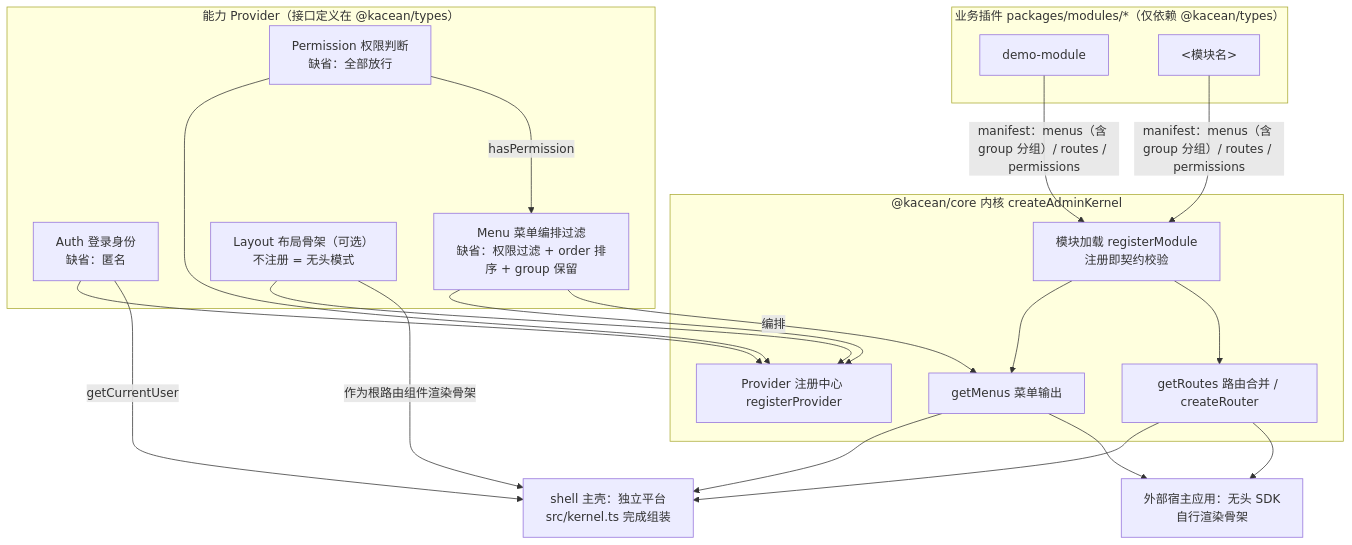
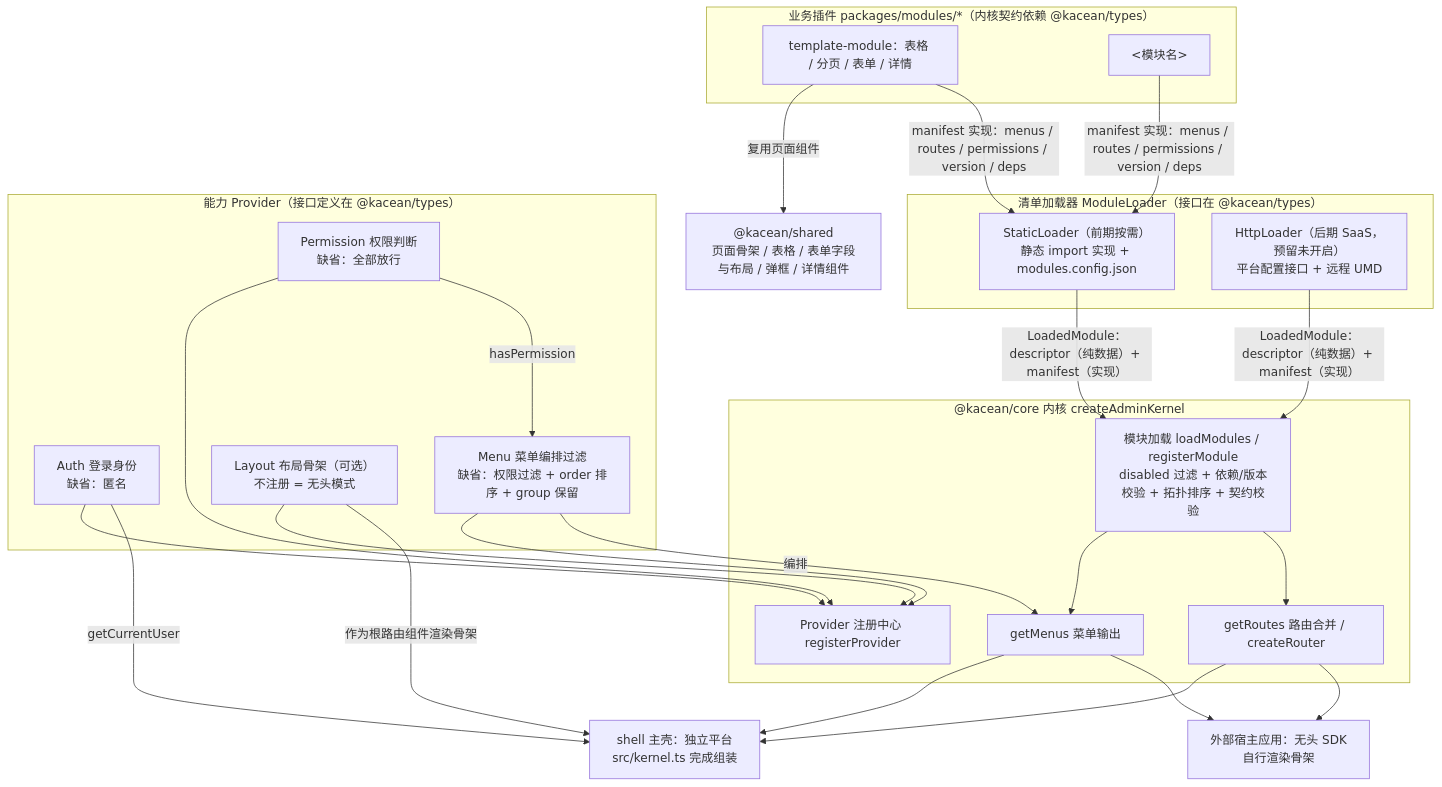
One commit to HirongVSuen/kacean-admin changed the first of 2 diagrams in README.md. Above: the diagram before and after it, drawn with Mermaid. The commit also changed other lines of this file and 105 other files, not shown here.

````diff
--- a/README.md
+++ b/README.md
@@ -38,34 +54,43 @@
 ```mermaid
 flowchart TD
-    subgraph Modules["业务插件 packages/modules/*（仅依赖 @kacean/types）"]
-        M1["demo-module"]
-        M2["&lt;模块名&gt;"]
+    subgraph Modules["业务插件 packages/modules/*（内核契约依赖 @kacean/types）"]
+        M2["template-module：表格 / 分页 / 表单 / 详情"]
+        M3["&lt;模块名&gt;"]
+    end
+
+    SharedUI["@kacean/shared<br/>页面骨架 / 表格 / 表单字段与布局 / 弹框 / 详情组件"]
+
+    subgraph Loaders["清单加载器 ModuleLoader（接口在 @kacean/types）"]
+        StaticL["StaticLoader（前期按需）<br/>静态 import 实现 + modules.config.json"]
+        HttpL["HttpLoader（后期 SaaS，预留未开启）<br/>平台配置接口 + 远程 UMD"]
     end
 
     subgraph Core["@kacean/core 内核 createAdminKernel"]
-        Load["模块加载 registerModule<br/>注册即契约校验"]
+        Load["模块加载 loadModules / registerModule<br/>disabled 过滤 + 依赖/版本校验 + 拓扑排序 + 契约校验"]
         Registry["Provider 注册中心 registerProvider"]
         MenuOut["getMenus 菜单输出"]
         RouteOut["getRoutes 路由合并 / createRouter"]
     end
 
     subgraph Providers["能力 Provider（接口定义在 @kacean/types）"]
         Auth["Auth 登录身份<br/>缺省：匿名"]
         Permission["Permission 权限判断<br/>缺省：全部放行"]
         MenuP["Menu 菜单编排过滤<br/>缺省：权限过滤 + order 排序 + group 保留"]
         Layout["Layout 布局骨架（可选）<br/>不注册 = 无头模式"]
     end
 
     Shell["shell 主壳：独立平台<br/>src/kernel.ts 完成组装"]
     Host["外部宿主应用：无头 SDK<br/>自行渲染骨架"]
 
-    M1 & M2 -->|"manifest：menus（含 group 分组）/ routes / permissions"| Load
+    M2 -->|"复用页面组件"| SharedUI
+    M2 & M3 -->|"manifest 实现：menus / routes / permissions / version / deps"| StaticL
+    StaticL & HttpL -->|"LoadedModule：descriptor（纯数据）+ manifest（实现）"| Load
     Auth & Permission & MenuP & Layout --> Registry
     Load --> MenuOut & RouteOut
     MenuP -->|"编排"| MenuOut
     Permission -->|"hasPermission"| MenuP
     Auth -->|"getCurrentUser"| Shell
     MenuOut & RouteOut --> Shell
     Layout -->|"作为根路由组件渲染骨架"| Shell
     MenuOut & RouteOut --> Host
 ```
````
